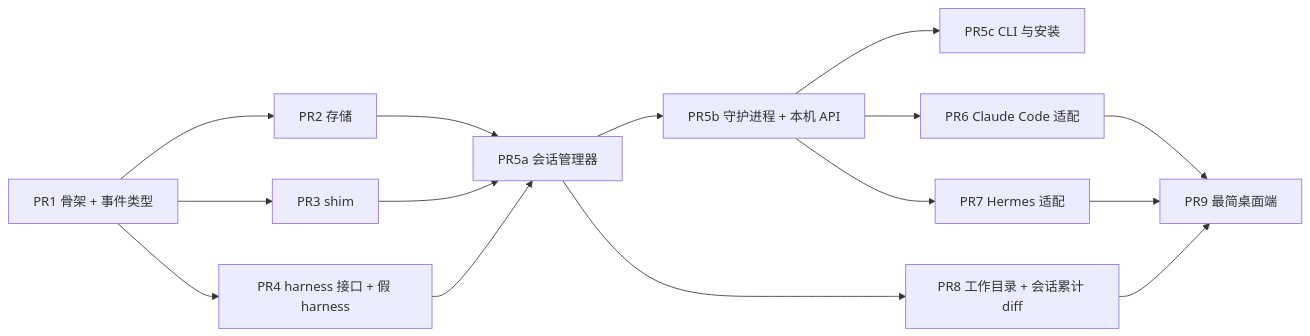
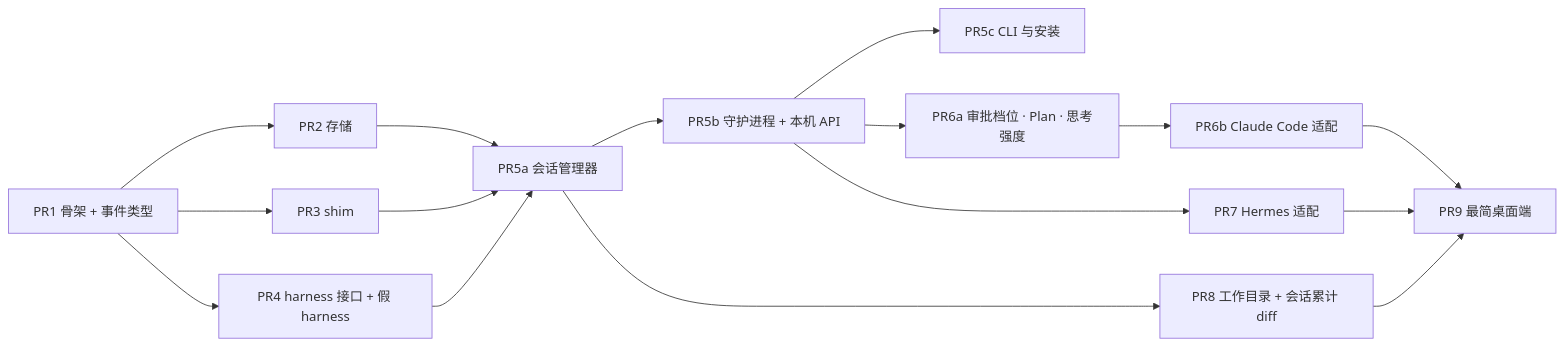
Before and after one commit to yangflow/hoplet: the diagram in docs/plans/m1-overview.md, drawn with Mermaid. The commit also changed other lines of this file and 4 other files, not shown here.

````diff
--- a/docs/plans/m1-overview.md
+++ b/docs/plans/m1-overview.md
@@ -25,17 +25,18 @@
 ```mermaid
 flowchart LR
     P1["PR1 骨架 + 事件类型"] --> P2["PR2 存储"]
     P1 --> P3["PR3 shim"]
     P1 --> P4["PR4 harness 接口 + 假 harness"]
     P2 --> P5["PR5a 会话管理器"]
     P3 --> P5
     P4 --> P5
     P5 --> P5b["PR5b 守护进程 + 本机 API"]
     P5b --> P5c["PR5c CLI 与安装"]
-    P5b --> P6["PR6 Claude Code 适配"]
+    P5b --> P6a["PR6a 审批档位 · Plan · 思考强度"]
+    P6a --> P6["PR6b Claude Code 适配"]
     P5b --> P7["PR7 Hermes 适配"]
     P5 --> P8["PR8 工作目录 + 会话累计 diff"]
     P6 --> P9["PR9 最简桌面端"]
     P7 --> P9
     P8 --> P9
 ```
````
